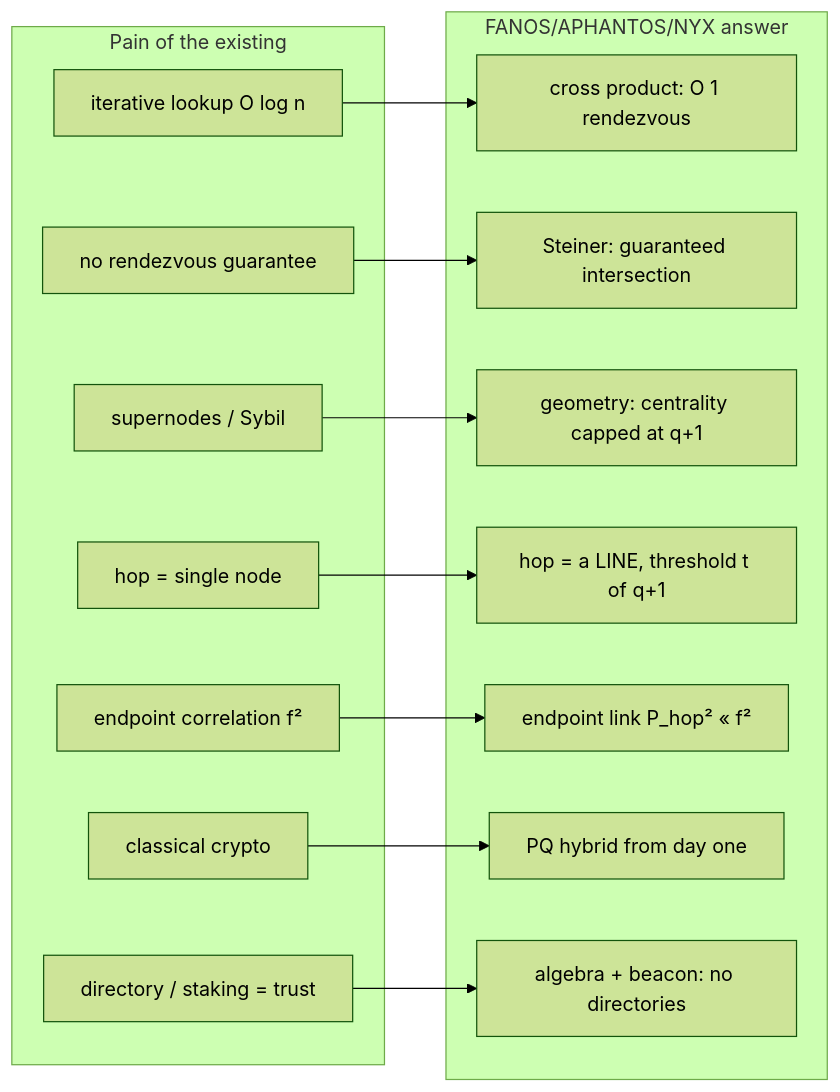
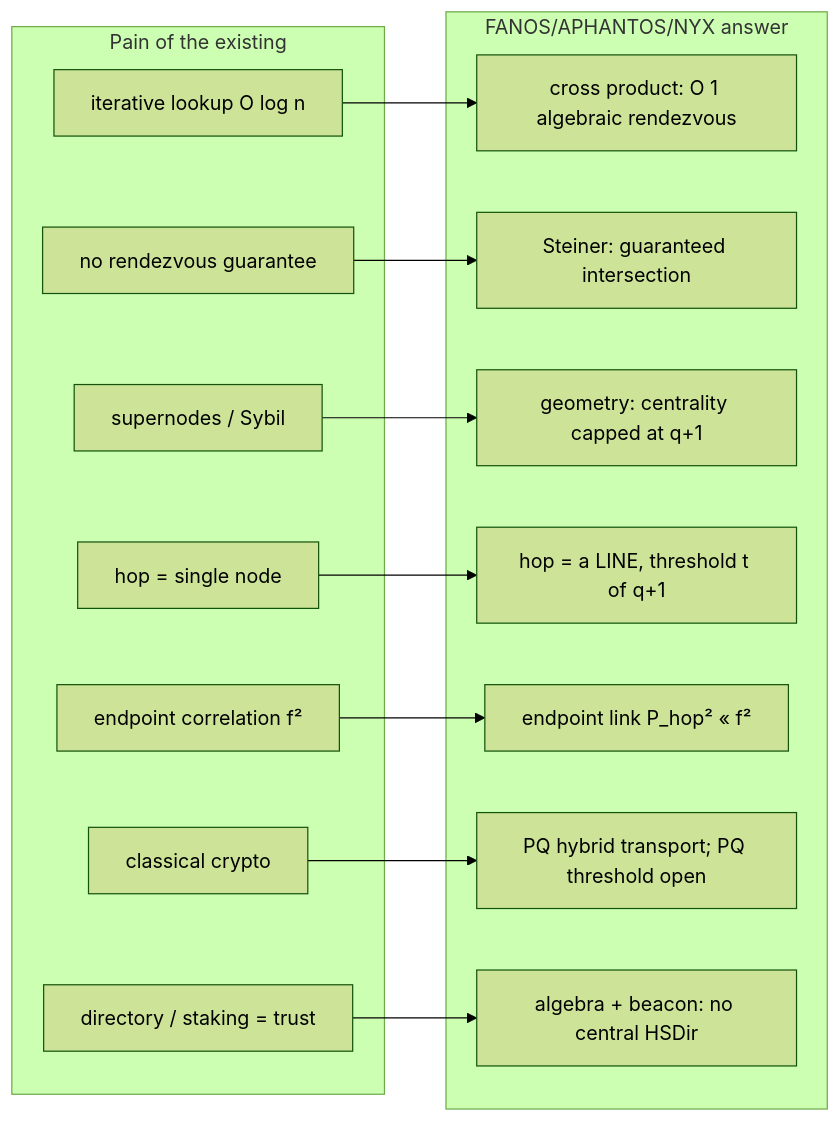
Before and after one commit to gst-st/uhm: the first of 8 diagrams in website/docs/applied/fanos/00-fanos-specification.md, drawn with Mermaid (forest theme). The commit also changed other lines of this file and 376 other files, not shown here.

First line of the commit message:
Refactor UHM canon, decontaminate architecture, and verify EN/RU parity

````diff
--- a/website/docs/applied/fanos/00-fanos-specification.md
+++ b/website/docs/applied/fanos/00-fanos-specification.md
@@ -97,28 +97,28 @@
 ```mermaid
 graph LR
     subgraph "Pain of the existing"
         A1[iterative lookup O log n]
         A2[no rendezvous guarantee]
         A3[supernodes / Sybil]
         A4[hop = single node]
         A5[endpoint correlation f²]
         A6[classical crypto]
         A7[directory / staking = trust]
     end
     subgraph "FANOS/APHANTOS/NYX answer"
-        B1[cross product: O 1 rendezvous]
+        B1[cross product: O 1 algebraic rendezvous]
         B2[Steiner: guaranteed intersection]
         B3[geometry: centrality capped at q+1]
         B4[hop = a LINE, threshold t of q+1]
         B5[endpoint link P_hop² « f²]
-        B6[PQ hybrid from day one]
-        B7[algebra + beacon: no directories]
+        B6[PQ hybrid transport; PQ threshold open]
+        B7[algebra + beacon: no central HSDir]
     end
     A1 --> B1
     A2 --> B2
     A3 --> B3
     A4 --> B4
     A5 --> B5
     A6 --> B6
     A7 --> B7
 ```
````
